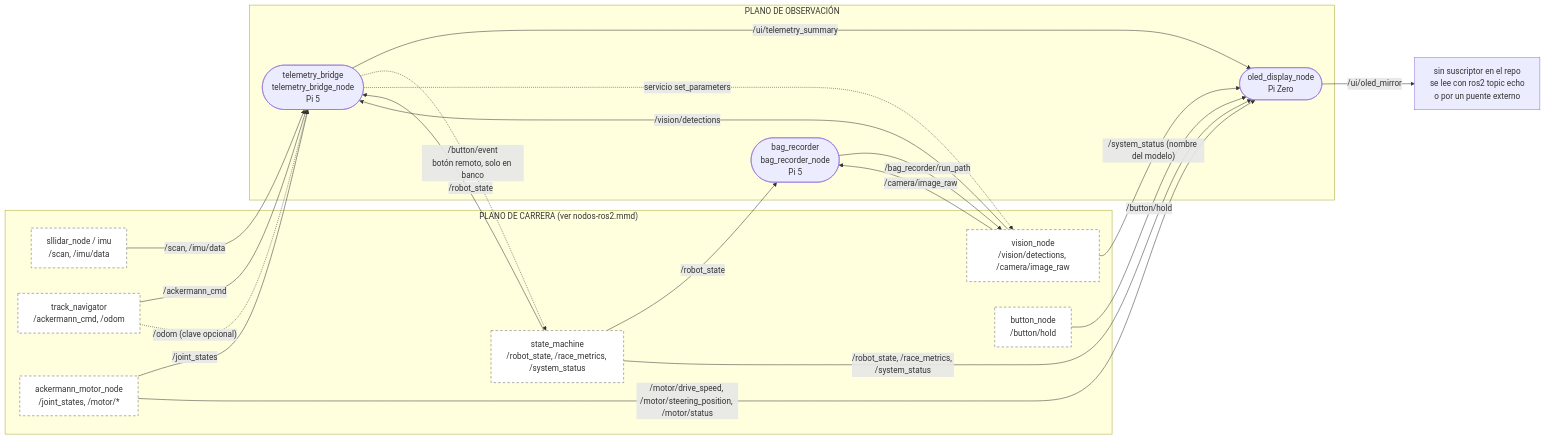
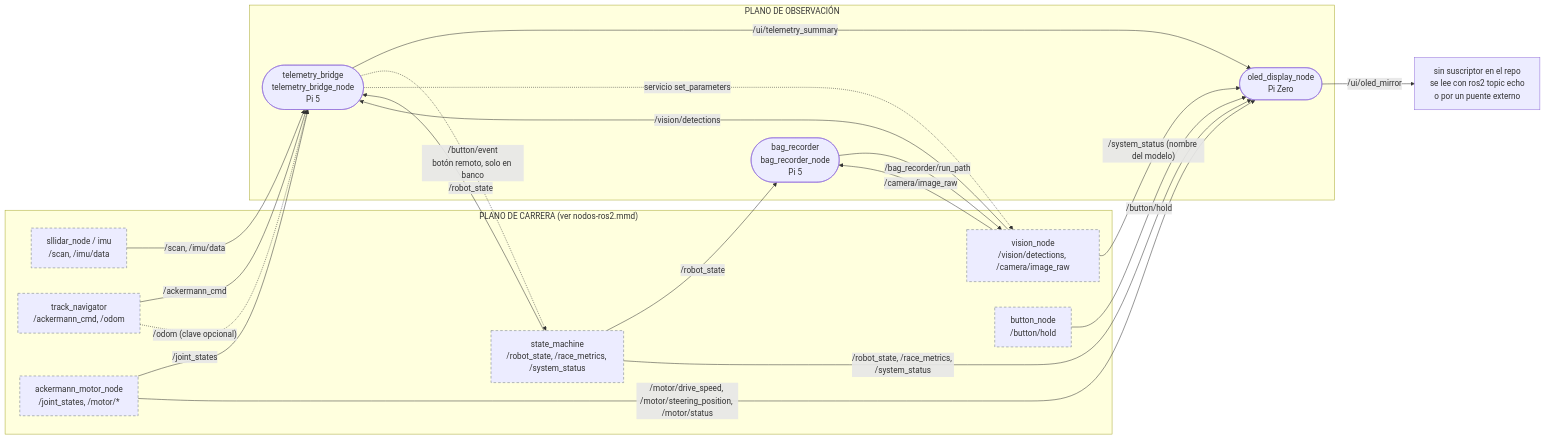
The third of 16 diagrams in README.md (teamvoltimor/vtitan), drawn with Mermaid before and after one commit. The commit also changed other lines of this file and 73 other files, not shown here.

First line of the commit message:
docs(repo): theme-adaptive mermaid fills, WebP-only blueprints, klevor rename

````diff
--- a/README.md
+++ b/README.md
@@ -1224,42 +1239,42 @@
 ```mermaid
 flowchart LR
     subgraph CARRERA["PLANO DE CARRERA (ver nodos-ros2.mmd)"]
         SENS["sllidar_node / imu<br/>/scan, /imu/data"]
         NAVE["track_navigator<br/>/ackermann_cmd, /odom"]
         SMN["state_machine<br/>/robot_state, /race_metrics, /system_status"]
         VISION["vision_node<br/>/vision/detections, /camera/image_raw"]
         MOTOR["ackermann_motor_node<br/>/joint_states, /motor/*"]
         BTN["button_node<br/>/button/hold"]
     end
 
     subgraph OBS["PLANO DE OBSERVACIÓN"]
         TEL(["telemetry_bridge<br/>telemetry_bridge_node<br/>Pi 5"])
         BAG(["bag_recorder<br/>bag_recorder_node<br/>Pi 5"])
         OLED(["oled_display_node<br/>Pi Zero"])
     end
 
     SENS -->|"/scan, /imu/data"| TEL
     NAVE -->|"/ackermann_cmd"| TEL
     NAVE -.->|"/odom (clave opcional)"| TEL
     SMN -->|"/robot_state"| TEL
     VISION -->|"/vision/detections"| TEL
     MOTOR -->|"/joint_states"| TEL
 
     SMN -->|"/robot_state"| BAG
     VISION -->|"/camera/image_raw"| BAG
     BAG -->|"/bag_recorder/run_path"| VISION
 
     SMN -->|"/robot_state, /race_metrics, /system_status"| OLED
     MOTOR -->|"/motor/drive_speed, /motor/steering_position, /motor/status"| OLED
     BTN -->|"/button/hold"| OLED
     VISION -->|"/system_status (nombre del modelo)"| OLED
     TEL -->|"/ui/telemetry_summary"| OLED
     OLED -->|"/ui/oled_mirror"| SINMIRROR
     SINMIRROR["sin suscriptor en el repo<br/>se lee con ros2 topic echo<br/>o por un puente externo"]
 
     TEL -.->|"/button/event<br/>botón remoto, solo en banco"| SMN
     TEL -.->|"servicio set_parameters"| VISION
 
-    classDef espejo fill:#fff,stroke:#666,stroke-dasharray: 5 4
+    classDef espejo stroke:#6e7781,stroke-dasharray: 5 4
     class SENS,NAVE,SMN,VISION,MOTOR,BTN espejo
 ```
````
